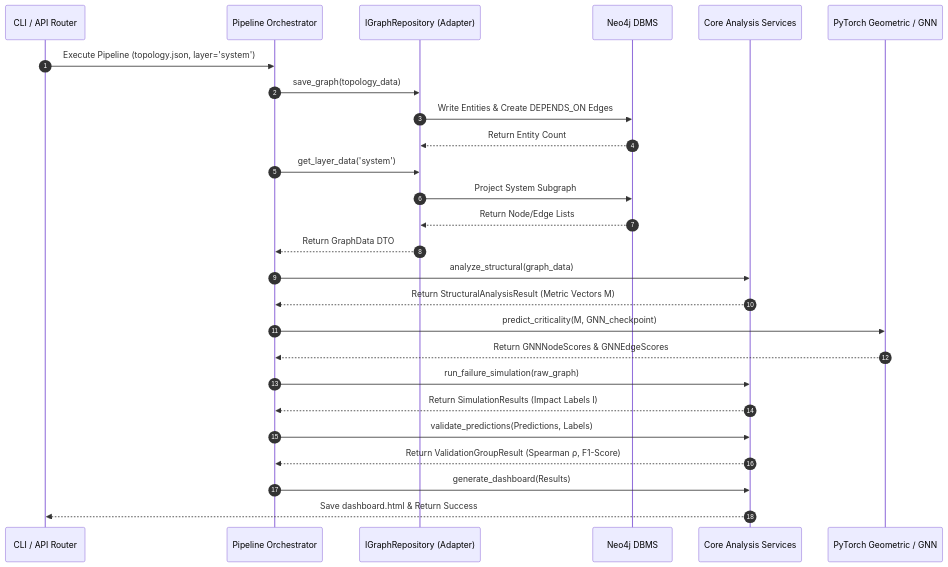
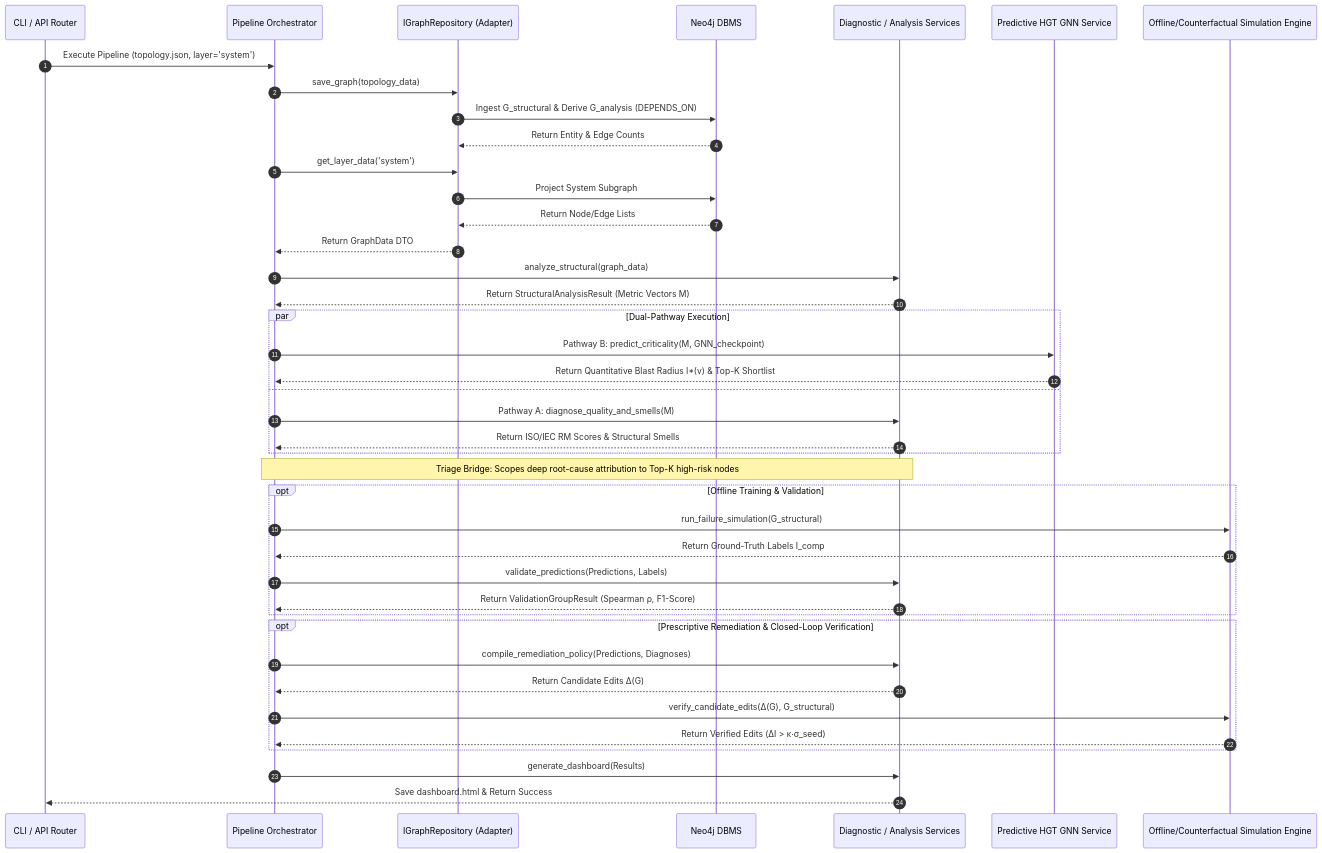
Before and after one commit to onuralpyigit/software-as-a-graph: the second of 3 diagrams in docs/design/SAD.md, drawn with Mermaid. The commit also changed 13 other files, not shown here.

First line of the commit message:
feat: Implement Triage Bridge for stakeholder-oriented root-cause attribution

````diff
--- a/docs/design/SAD.md
+++ b/docs/design/SAD.md
@@ -162,35 +162,51 @@
 ```mermaid
 sequenceDiagram
     autonumber
     participant Client as CLI / API Router
     participant UC as Pipeline Orchestrator
     participant Repo as IGraphRepository (Adapter)
     participant DB as Neo4j DBMS
-    participant Engine as Core Analysis Services
-    participant PyG as PyTorch Geometric / GNN
+    participant Engine as Diagnostic / Analysis Services
+    participant PyG as Predictive HGT GNN Service
+    participant Sim as Offline/Counterfactual Simulation Engine
 
     Client->>UC: Execute Pipeline (topology.json, layer='system')
     UC->>Repo: save_graph(topology_data)
-    Repo->>DB: Write Entities & Create DEPENDS_ON Edges
-    DB-->>Repo: Return Entity Count
+    Repo->>DB: Ingest G_structural & Derive G_analysis (DEPENDS_ON)
+    DB-->>Repo: Return Entity & Edge Counts
     
     UC->>Repo: get_layer_data('system')
     Repo->>DB: Project System Subgraph
     DB-->>Repo: Return Node/Edge Lists
     Repo-->>UC: Return GraphData DTO
     
     UC->>Engine: analyze_structural(graph_data)
     Engine-->>UC: Return StructuralAnalysisResult (Metric Vectors M)
     
-    UC->>PyG: predict_criticality(M, GNN_checkpoint)
-    PyG-->>UC: Return GNNNodeScores & GNNEdgeScores
-    
-    UC->>Engine: run_failure_simulation(raw_graph)
-    Engine-->>UC: Return SimulationResults (Impact Labels I)
-    
-    UC->>Engine: validate_predictions(Predictions, Labels)
-    Engine-->>UC: Return ValidationGroupResult (Spearman ρ, F1-Score)
-    
+    par Dual-Pathway Execution
+        UC->>PyG: Pathway B: predict_criticality(M, GNN_checkpoint)
+        PyG-->>UC: Return Quantitative Blast Radius I*(v) & Top-K Shortlist
+    and
+        UC->>Engine: Pathway A: diagnose_quality_and_smells(M)
+        Engine-->>UC: Return ISO/IEC RM Scores & Structural Smells
+    end
+
+    Note over UC,Engine: Triage Bridge: Scopes deep root-cause attribution to Top-K high-risk nodes
+
+    opt Offline Training & Validation
+        UC->>Sim: run_failure_simulation(G_structural)
+        Sim-->>UC: Return Ground-Truth Labels I_comp
+        UC->>Engine: validate_predictions(Predictions, Labels)
+        Engine-->>UC: Return ValidationGroupResult (Spearman ρ, F1-Score)
+    end
+
+    opt Prescriptive Remediation & Closed-Loop Verification
+        UC->>Engine: compile_remediation_policy(Predictions, Diagnoses)
+        Engine-->>UC: Return Candidate Edits Δ(G)
+        UC->>Sim: verify_candidate_edits(Δ(G), G_structural)
+        Sim-->>UC: Return Verified Edits (ΔI > κ·σ_seed)
+    end
+
     UC->>Engine: generate_dashboard(Results)
     Engine-->>Client: Save dashboard.html & Return Success
 ```
````
